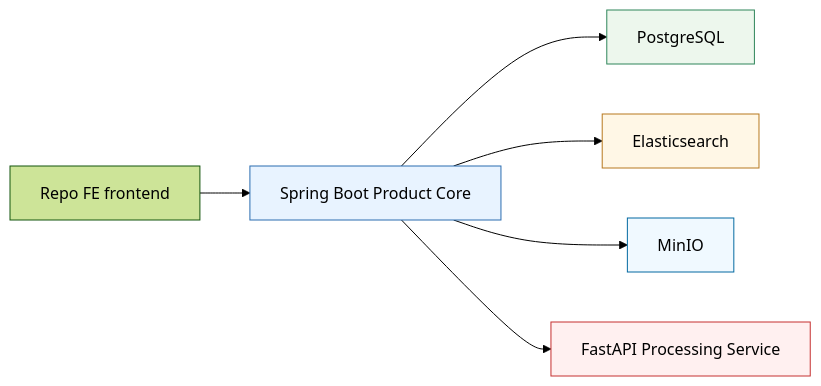
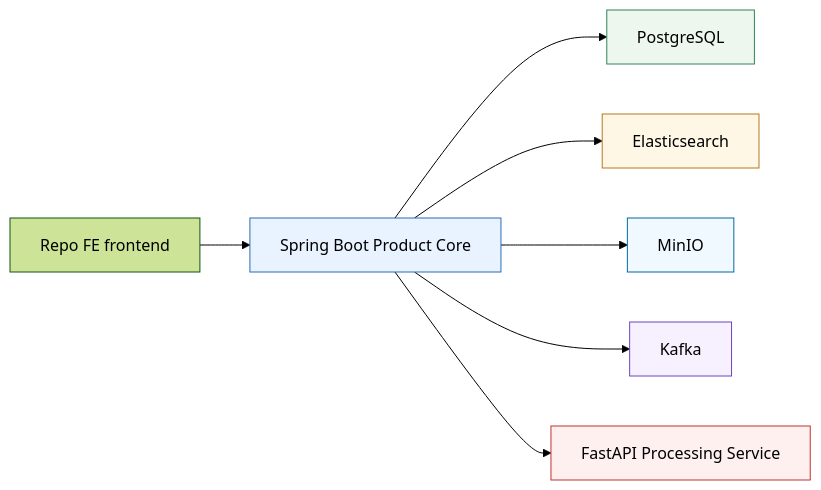
Before and after one commit to quangducnguyen1205/ai-knowledge-workspace: the diagram in docs/architecture/02-service-boundaries.md, drawn with Mermaid (forest theme). The commit also changed other lines of this file and 22 other files, not shown here.

````diff
--- a/docs/architecture/02-service-boundaries.md
+++ b/docs/architecture/02-service-boundaries.md
@@ -9,20 +9,23 @@
 ```mermaid
 flowchart LR
     FE["Repo FE frontend"] --> S["Spring Boot Product Core"]
     S --> P["PostgreSQL"]
     S --> E["Elasticsearch"]
     S --> M["MinIO"]
+    S --> K["Kafka"]
     S --> F["FastAPI Processing Service"]
 
     S:::product
     P:::storage
     E:::search
     M:::object
+    K:::event
     F:::processing
 
     classDef product fill:#e8f3ff,stroke:#2b6cb0,stroke-width:1px
     classDef storage fill:#edf7ed,stroke:#2f855a,stroke-width:1px
     classDef search fill:#fff7e6,stroke:#b7791f,stroke-width:1px
     classDef object fill:#f0f9ff,stroke:#0369a1,stroke-width:1px
+    classDef event fill:#f7f0ff,stroke:#6b46c1,stroke-width:1px
     classDef processing fill:#fff0f0,stroke:#c53030,stroke-width:1px
 ```
````
